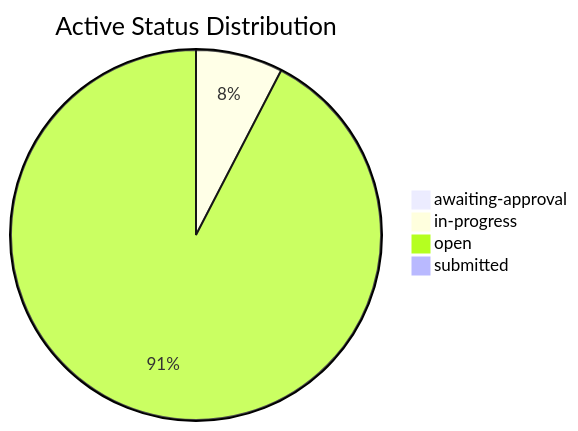
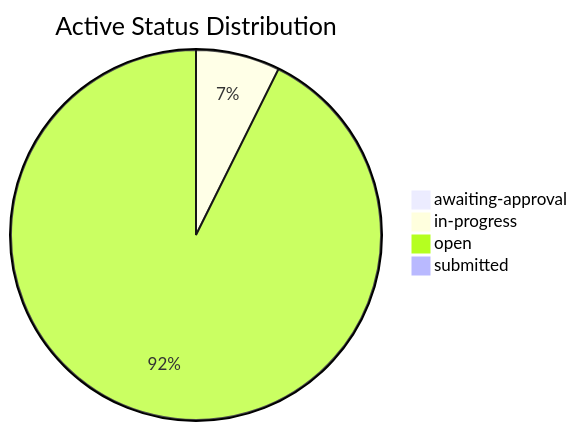
The second of 3 diagrams in dashboard.md (mgosal/5et.uk), drawn with Mermaid before and after one commit. The commit also changed other lines of this file and 6 other files, not shown here.

````diff
--- a/dashboard.md
+++ b/dashboard.md
@@ -242,7 +367,7 @@
 ```mermaid
 pie title Active Status Distribution
     "awaiting-approval" : 1
     "in-progress" : 13
-    "open" : 158
+    "open" : 164
     "submitted" : 1
 ```
````
